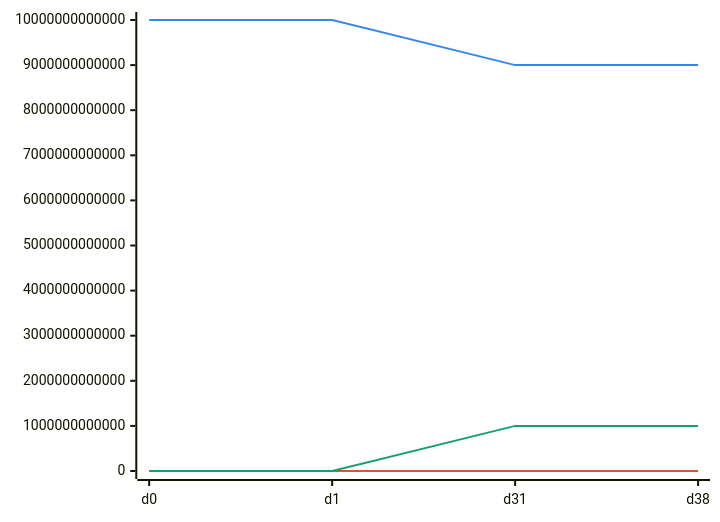
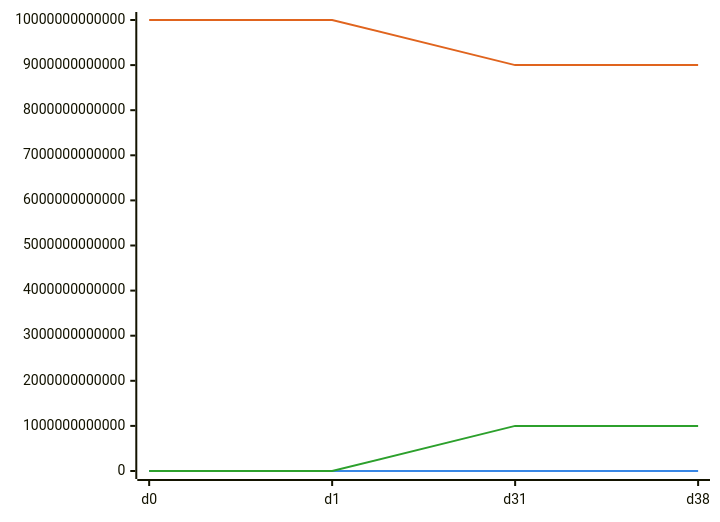
Before and after one commit to cds-turbin3/vesting-position: the first of 13 diagrams in babelfish-tests/test-report/clawback_fully_claimed_badge_fails.md, drawn with Mermaid. The commit also changed other lines of this file and 54 other files, not shown here.

````diff
--- a/babelfish-tests/test-report/clawback_fully_claimed_badge_fails.md
+++ b/babelfish-tests/test-report/clawback_fully_claimed_badge_fails.md
@@ -39,8 +39,8 @@
 ```mermaid
-%%{init: {"themeVariables": {"xyChart": {"plotColorPalette": "#3987e5, #d95926, #199e70, #c98500, #d55181, #2ca02c, #9085e9, #e66767"}}}}%%
+%%{init: {"themeVariables": {"xyChart": {"plotColorPalette": "#e0641e, #3987e5, #2ca02c, #9a5ce0, #d9504f"}}}}%%
 xychart-beta
     x-axis ["d0", "d1", "d31", "d38"]
     line [10000000000000, 10000000000000, 9000000000000, 9000000000000]
     line [0, 0, 0, 0]
     line [0, 0, 1000000000000, 1000000000000]
 ```
````
